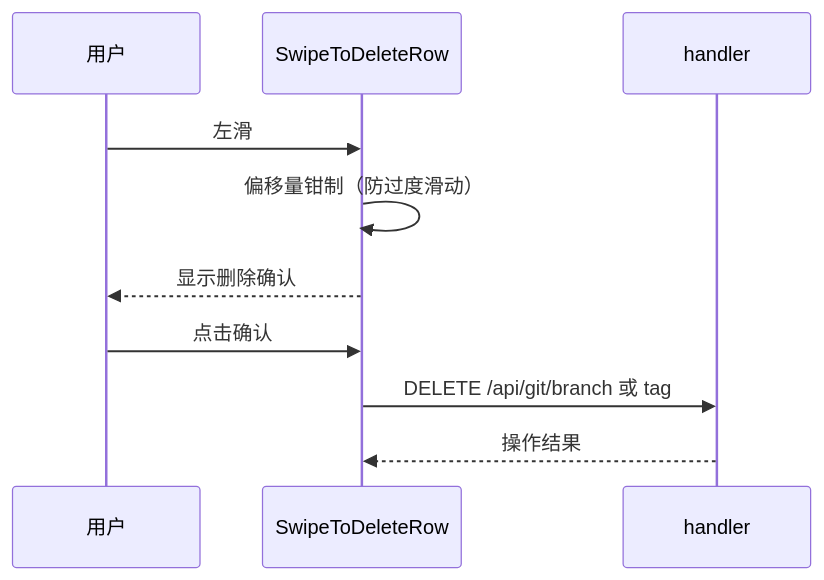
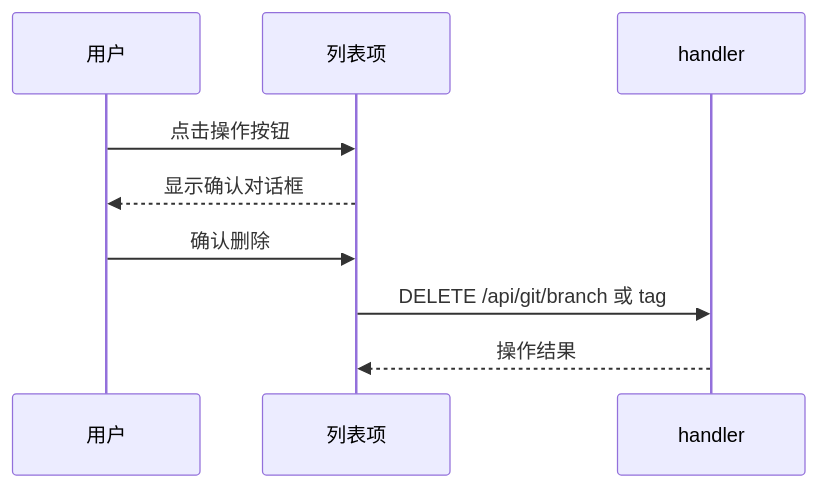
The second of 2 diagrams in docs/spec/features/git-management.md (clawbench-dev/clawbench), drawn with Mermaid before and after one commit. The commit also changed other lines of this file and 9 other files, not shown here.

````diff
--- a/docs/spec/features/git-management.md
+++ b/docs/spec/features/git-management.md
@@ -34,13 +34,12 @@
 ```mermaid
 sequenceDiagram
     participant 用户
-    participant SwipeToDeleteRow
+    participant 列表项
     participant handler
 
-    用户->>SwipeToDeleteRow: 左滑
-    SwipeToDeleteRow->>SwipeToDeleteRow: 偏移量钳制（防过度滑动）
-    SwipeToDeleteRow-->>用户: 显示删除确认
-    用户->>SwipeToDeleteRow: 点击确认
-    SwipeToDeleteRow->>handler: DELETE /api/git/branch 或 tag
-    handler-->>SwipeToDeleteRow: 操作结果
+    用户->>列表项: 点击操作按钮
+    列表项-->>用户: 显示确认对话框
+    用户->>列表项: 确认删除
+    列表项->>handler: DELETE /api/git/branch 或 tag
+    handler-->>列表项: 操作结果
 ```
````
